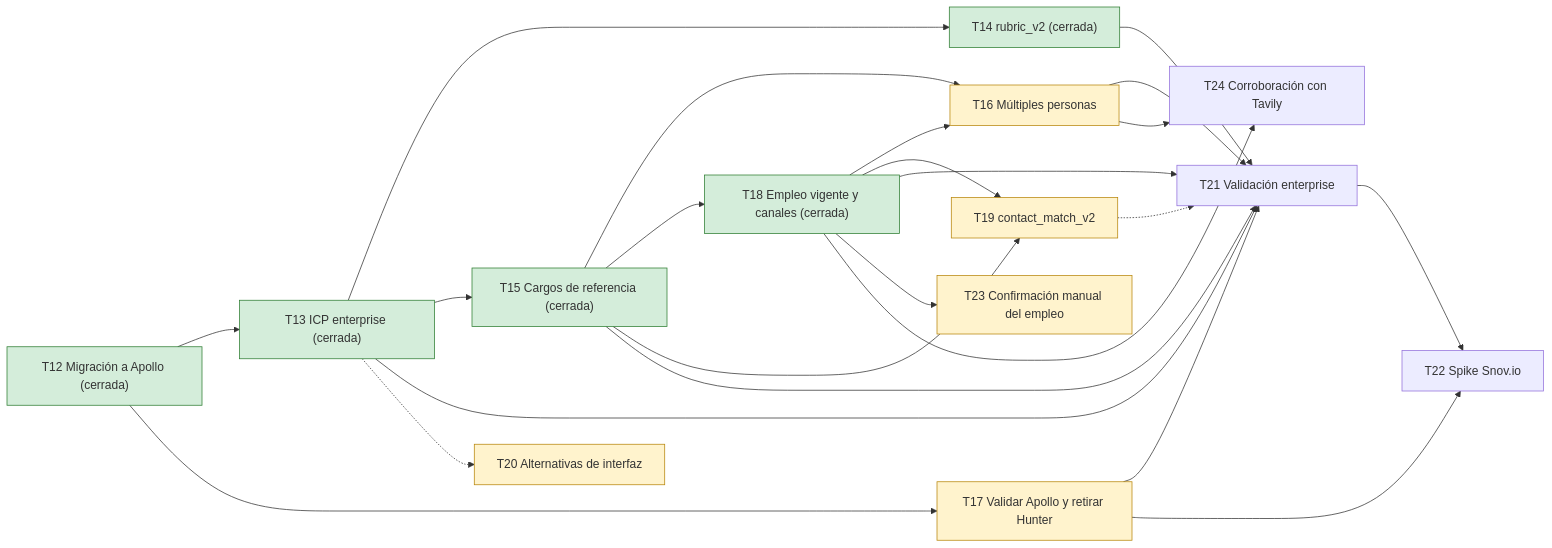
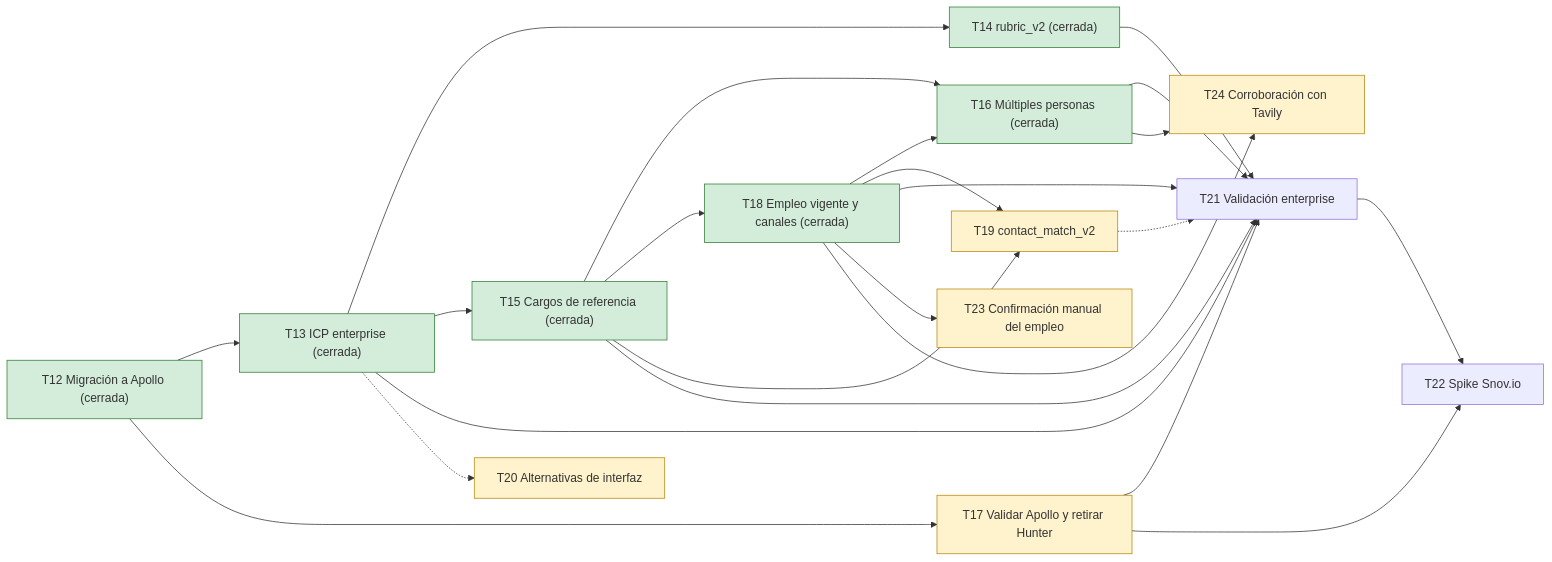
The diagram in docs/Roadmap.md (ThomasSerna/veryfi-prospecting), drawn with Mermaid before and after one commit. The commit also changed other lines of this file, not shown here.

Commit message:
docs: marcar T16 cerrada en el Roadmap y desbloquear T24

````diff
--- a/docs/Roadmap.md
+++ b/docs/Roadmap.md
@@ -54,40 +54,40 @@
 ```mermaid
 flowchart LR
     T12["T12 Migración a Apollo (cerrada)"]:::closed
     T13["T13 ICP enterprise (cerrada)"]:::closed
     T14["T14 rubric_v2 (cerrada)"]:::closed
     T15["T15 Cargos de referencia (cerrada)"]:::closed
-    T16["T16 Múltiples personas"]:::ready
+    T16["T16 Múltiples personas (cerrada)"]:::closed
     T17["T17 Validar Apollo y retirar Hunter"]:::ready
     T18["T18 Empleo vigente y canales (cerrada)"]:::closed
     T19["T19 contact_match_v2"]:::ready
     T20["T20 Alternativas de interfaz"]:::ready
     T21["T21 Validación enterprise"]
     T22["T22 Spike Snov.io"]
     T23["T23 Confirmación manual del empleo"]:::ready
-    T24["T24 Corroboración con Tavily"]
+    T24["T24 Corroboración con Tavily"]:::ready
     T12 --> T13
     T12 --> T17
     T13 --> T14
     T13 --> T15
     T15 --> T16
     T15 --> T18
     T15 --> T19
     T18 --> T16
     T18 --> T19
     T13 --> T21
     T14 --> T21
     T15 --> T21
     T16 --> T21
     T17 --> T21
     T18 --> T21
     T21 --> T22
     T17 --> T22
     T13 -.-> T20
     T19 -.-> T21
     T18 --> T23
     T18 --> T24
     T16 --> T24
     classDef closed fill:#d4edda,stroke:#2e7d32
     classDef ready fill:#fff3cd,stroke:#b8860b
 ```
````
